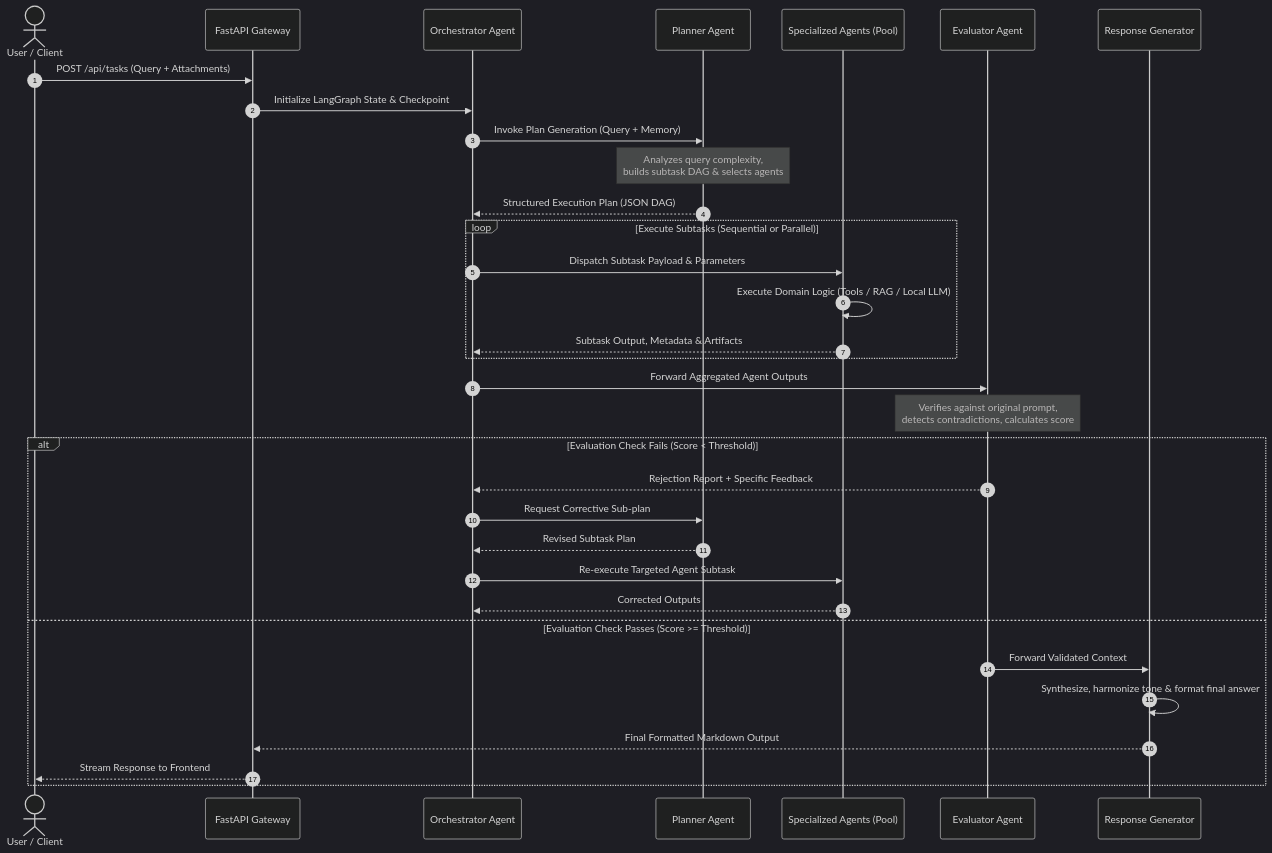
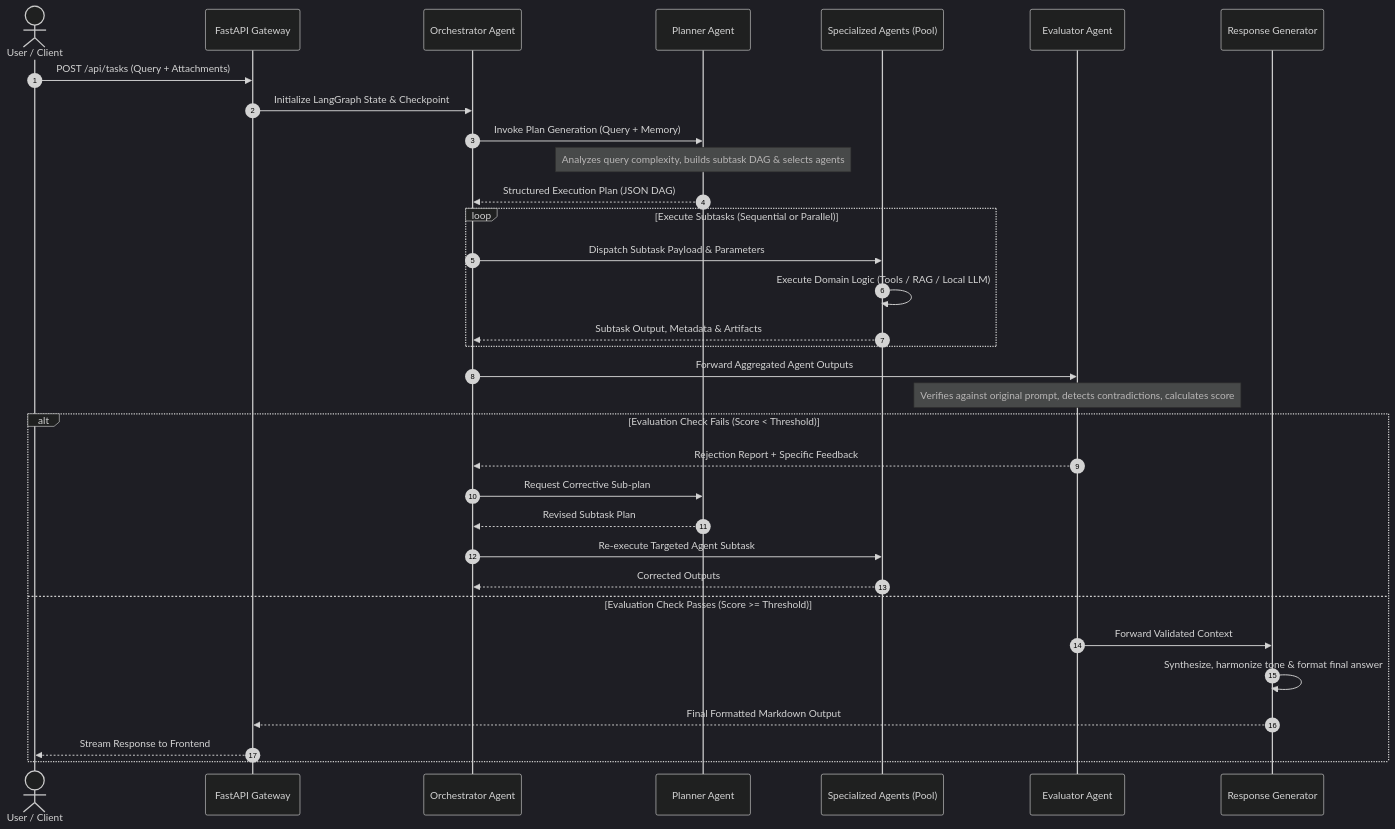
The second of 2 diagrams in README.md (abccau/AgentVerse), drawn with Mermaid (dark theme) before and after one commit. The commit also changed other lines of this file, not shown here.

Commit message:
docs: remove emojis and line breaks from README architecture diagrams

````diff
--- a/README.md
+++ b/README.md
@@ -130,39 +130,39 @@
 ```mermaid
 sequenceDiagram
     autonumber
     actor User as User / Client
     participant API as FastAPI Gateway
     participant Orch as Orchestrator Agent
     participant Plan as Planner Agent
     participant Agents as Specialized Agents (Pool)
     participant Eval as Evaluator Agent
     participant Resp as Response Generator
 
     User->>API: POST /api/tasks (Query + Attachments)
     API->>Orch: Initialize LangGraph State & Checkpoint
     Orch->>Plan: Invoke Plan Generation (Query + Memory)
-    Note over Plan: Analyzes query complexity,<br/>builds subtask DAG & selects agents
+    Note over Plan: Analyzes query complexity, builds subtask DAG & selects agents
     Plan-->>Orch: Structured Execution Plan (JSON DAG)
 
     loop Execute Subtasks (Sequential or Parallel)
         Orch->>Agents: Dispatch Subtask Payload & Parameters
         Agents->>Agents: Execute Domain Logic (Tools / RAG / Local LLM)
         Agents-->>Orch: Subtask Output, Metadata & Artifacts
     end
 
     Orch->>Eval: Forward Aggregated Agent Outputs
-    Note over Eval: Verifies against original prompt,<br/>detects contradictions, calculates score
+    Note over Eval: Verifies against original prompt, detects contradictions, calculates score
 
     alt Evaluation Check Fails (Score < Threshold)
         Eval-->>Orch: Rejection Report + Specific Feedback
         Orch->>Plan: Request Corrective Sub-plan
         Plan-->>Orch: Revised Subtask Plan
         Orch->>Agents: Re-execute Targeted Agent Subtask
         Agents-->>Orch: Corrected Outputs
     else Evaluation Check Passes (Score >= Threshold)
         Eval->>Resp: Forward Validated Context
         Resp->>Resp: Synthesize, harmonize tone & format final answer
         Resp-->>API: Final Formatted Markdown Output
         API-->>User: Stream Response to Frontend
     end
 ```
````
